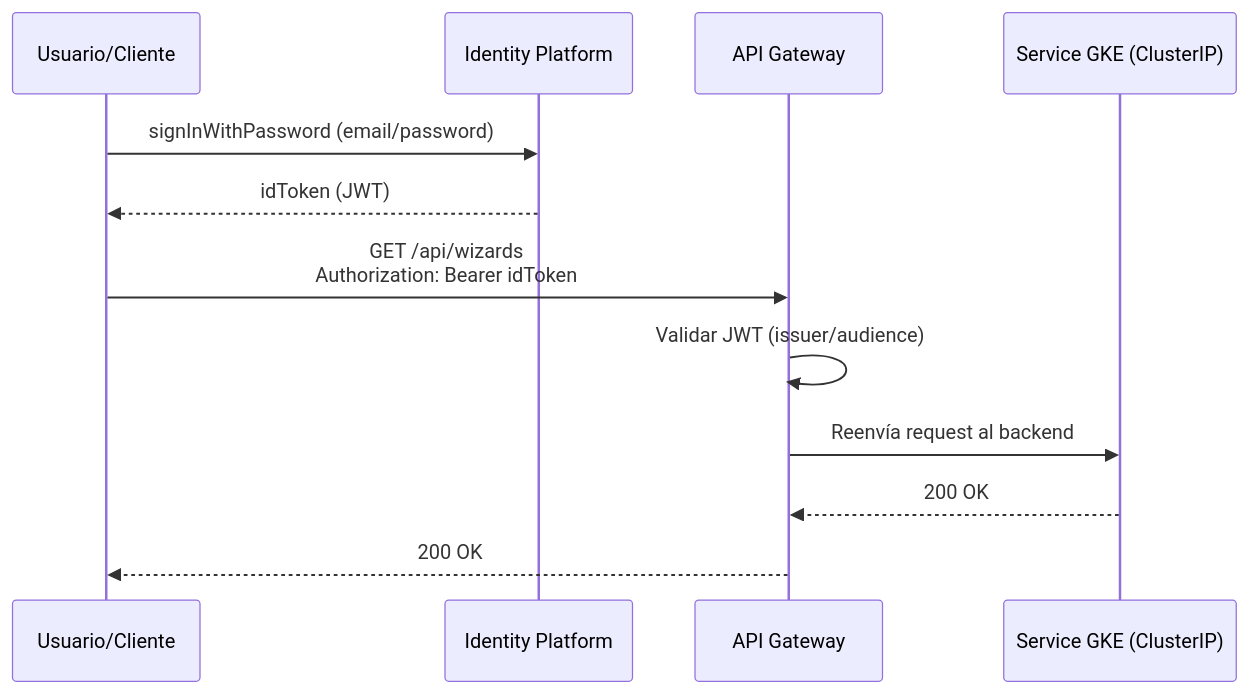
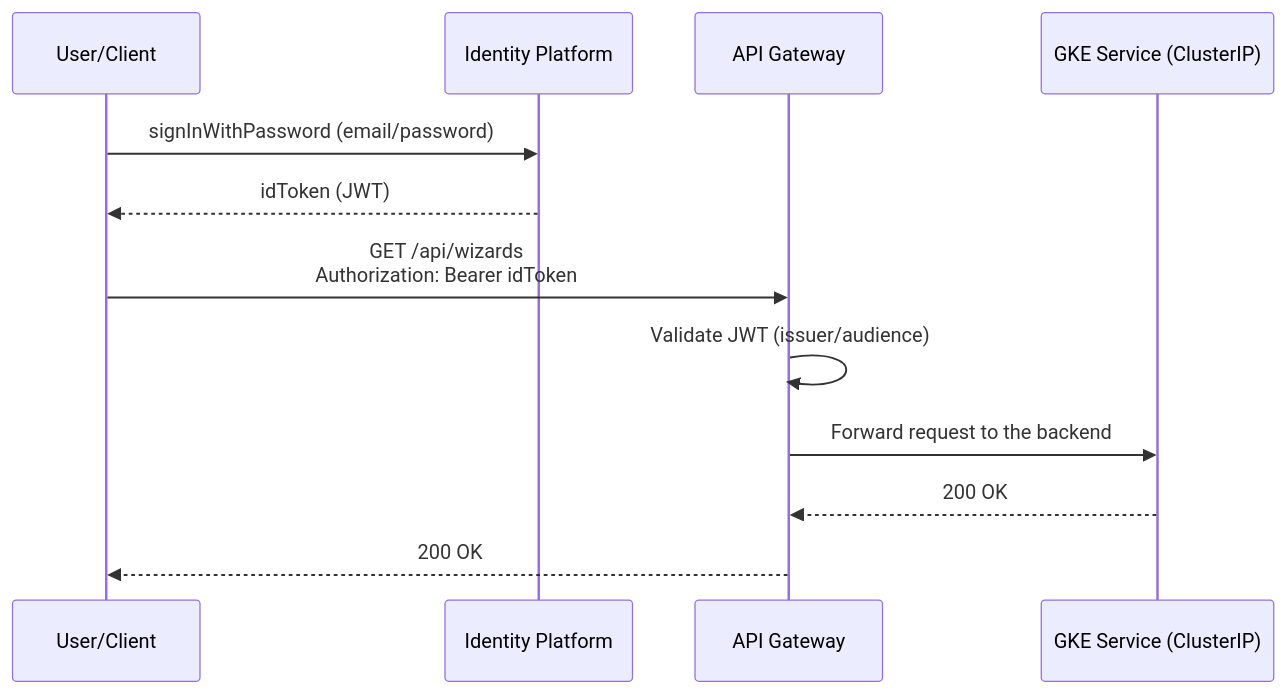
The diagram in GKE_GCP_DEPLOYMENT/09_api_security_identity_platform.md (aabse/hogwarts-backend), drawn with Mermaid before and after one commit. The commit also changed other lines of this file and 14 other files, not shown here.

````diff
--- a/GKE_GCP_DEPLOYMENT/09_api_security_identity_platform.md
+++ b/GKE_GCP_DEPLOYMENT/09_api_security_identity_platform.md
@@ -32,15 +32,15 @@
 ```mermaid
 sequenceDiagram
-    participant U as Usuario/Cliente
+    participant U as User/Client
     participant IP as Identity Platform
     participant GW as API Gateway
-    participant S as Service GKE (ClusterIP)
+    participant S as GKE Service (ClusterIP)
 
     U->>IP: signInWithPassword (email/password)
     IP-->>U: idToken (JWT)
     U->>GW: GET /api/wizards<br/>Authorization: Bearer idToken
-    GW->>GW: Validar JWT (issuer/audience)
-    GW->>S: Reenvía request al backend
+    GW->>GW: Validate JWT (issuer/audience)
+    GW->>S: Forward request to the backend
     S-->>GW: 200 OK
     GW-->>U: 200 OK
 ```
````
